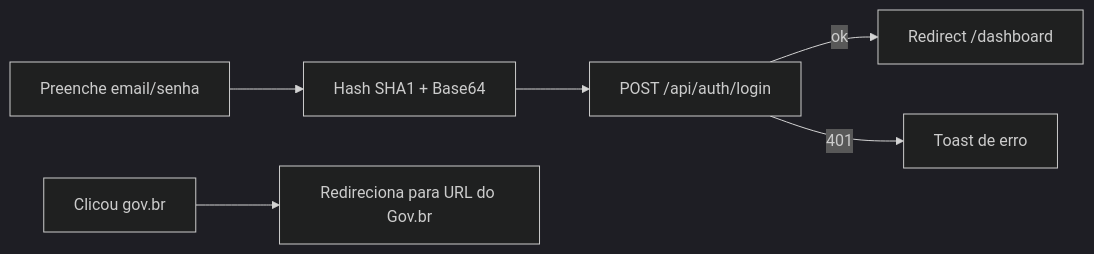
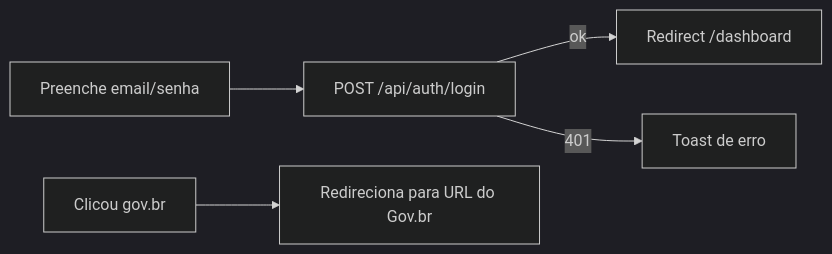
Before and after one commit to TROCA-AULA/troca-aula-front: the diagram in docs/04-modulos/autenticacao.md, drawn with Mermaid (dark theme). The commit also changed other lines of this file and 16 other files, not shown here.

````diff
--- a/docs/04-modulos/autenticacao.md
+++ b/docs/04-modulos/autenticacao.md
@@ -25,8 +25,7 @@
 ```mermaid
 flowchart LR
-    A[Preenche email/senha] --> B[Hash SHA1 + Base64]
-    B --> C[POST /api/auth/login]
+    A[Preenche email/senha] --> C[POST /api/auth/login]
     C -->|ok| D[Redirect /dashboard]
     C -->|401| E[Toast de erro]
     F[Clicou gov.br] --> G[Redireciona para URL do Gov.br]
 ```
````
